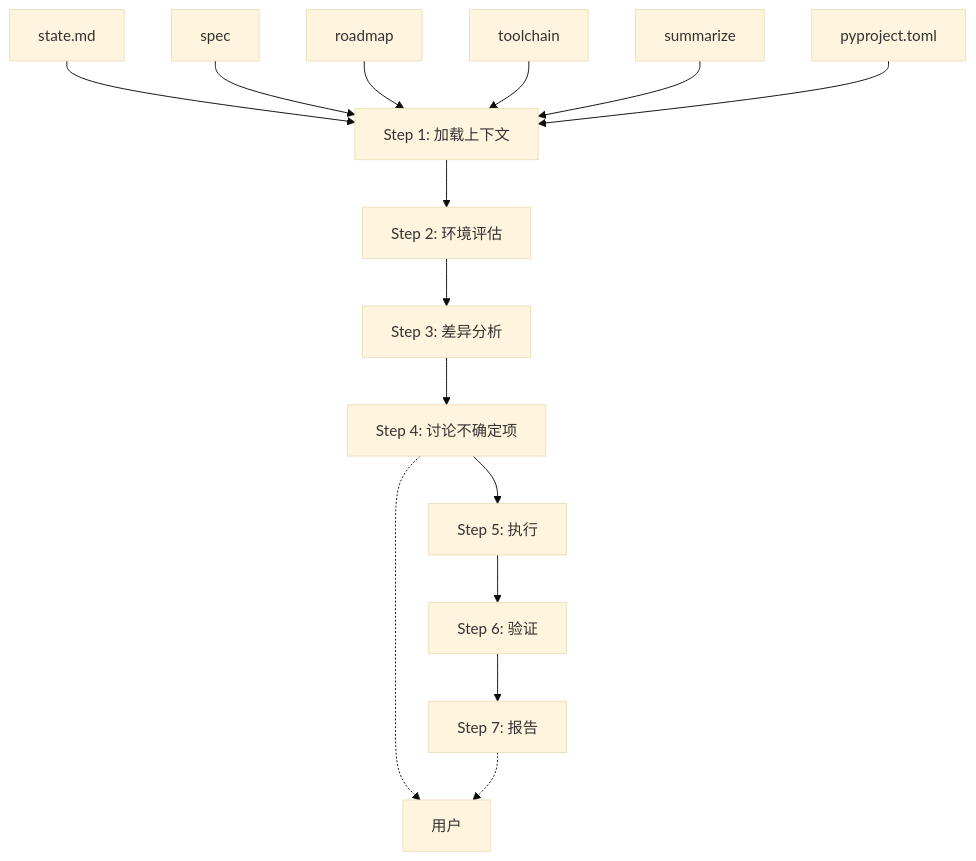
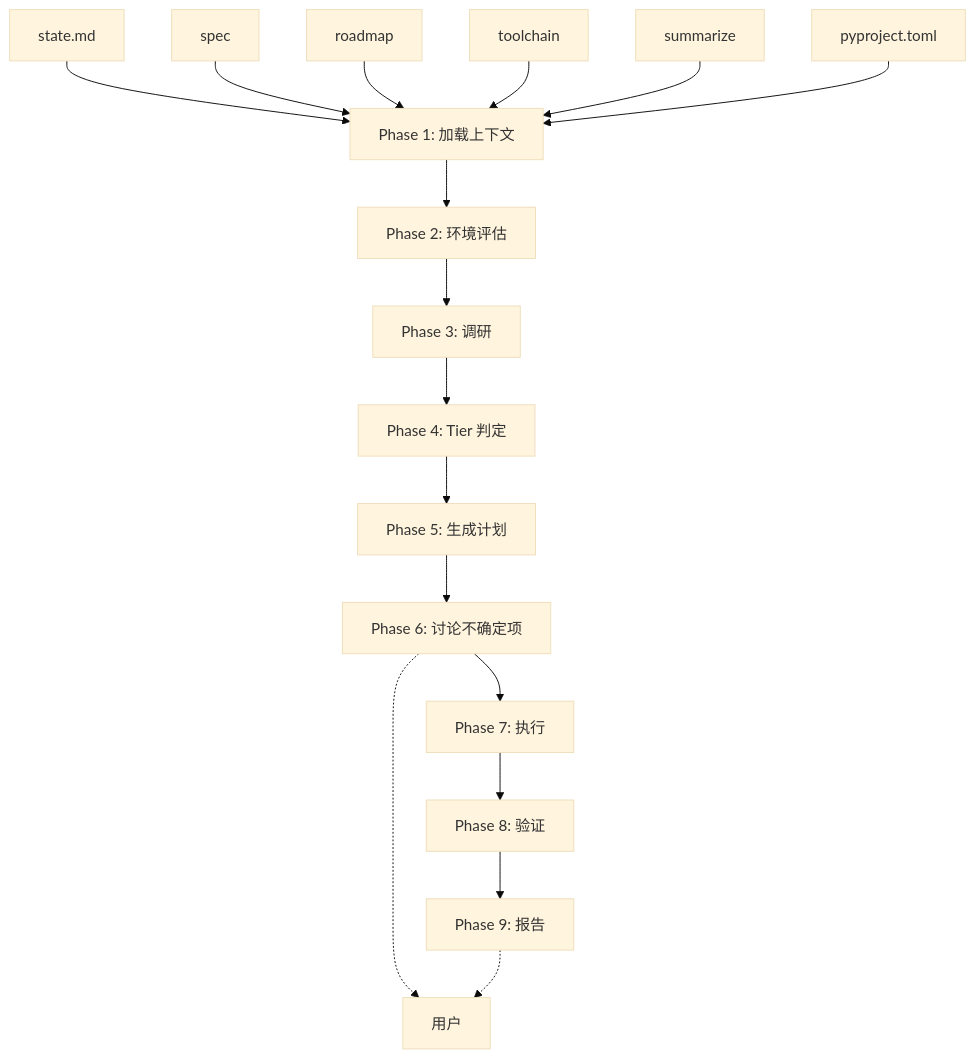
Before and after one commit to im-zhong/question-agent: the first of 2 diagrams in docs/superpowers/specs/2026-04-30-scaffold-skill-design.md, drawn with Mermaid (base theme). The commit also changed other lines of this file, not shown here.

Commit message:
docs: refine scaffold skill design — fix pipeline position, inherit tier/rules/edge-cases

````diff
--- a/docs/superpowers/specs/2026-04-30-scaffold-skill-design.md
+++ b/docs/superpowers/specs/2026-04-30-scaffold-skill-design.md
@@ -44,17 +55,19 @@
 ```mermaid
 graph TB
-    SM[state.md] --> S1[Step 1: 加载上下文]
+    SM[state.md] --> S1[Phase 1: 加载上下文]
     SP[spec] --> S1
     RM[roadmap] --> S1
     TC[toolchain] --> S1
     SM2[summarize] --> S1
     PP[pyproject.toml] --> S1
-    S1 --> S2[Step 2: 环境评估]
-    S2 --> S3[Step 3: 差异分析]
-    S3 --> S4[Step 4: 讨论不确定项]
-    S4 --> S5[Step 5: 执行]
-    S5 --> S6[Step 6: 验证]
-    S6 --> S7[Step 7: 报告]
-    S4 -.-> User[用户]
-    S7 -.-> User
+    S1 --> S2[Phase 2: 环境评估]
+    S2 --> S3[Phase 3: 调研]
+    S3 --> S4[Phase 4: Tier 判定]
+    S4 --> S5[Phase 5: 生成计划]
+    S5 --> S6[Phase 6: 讨论不确定项]
+    S6 --> S7[Phase 7: 执行]
+    S7 --> S8[Phase 8: 验证]
+    S8 --> S9[Phase 9: 报告]
+    S6 -.-> User[用户]
+    S9 -.-> User
 ```
````
